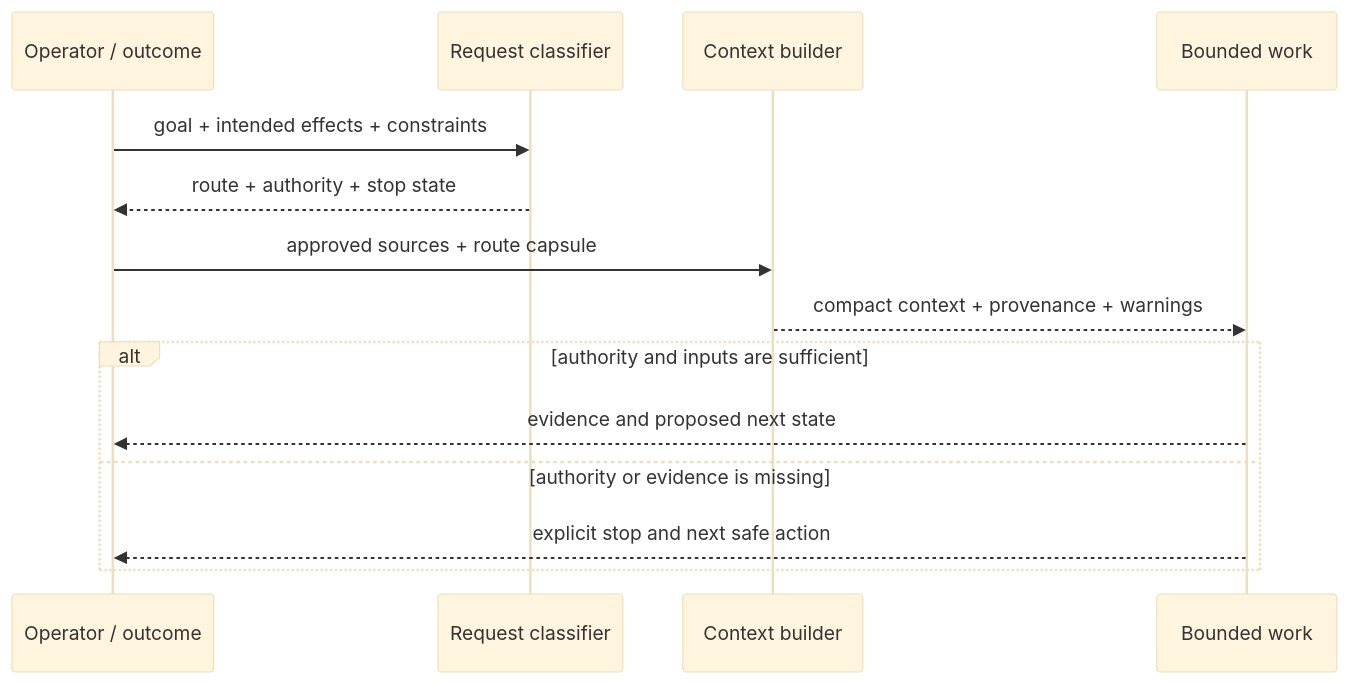
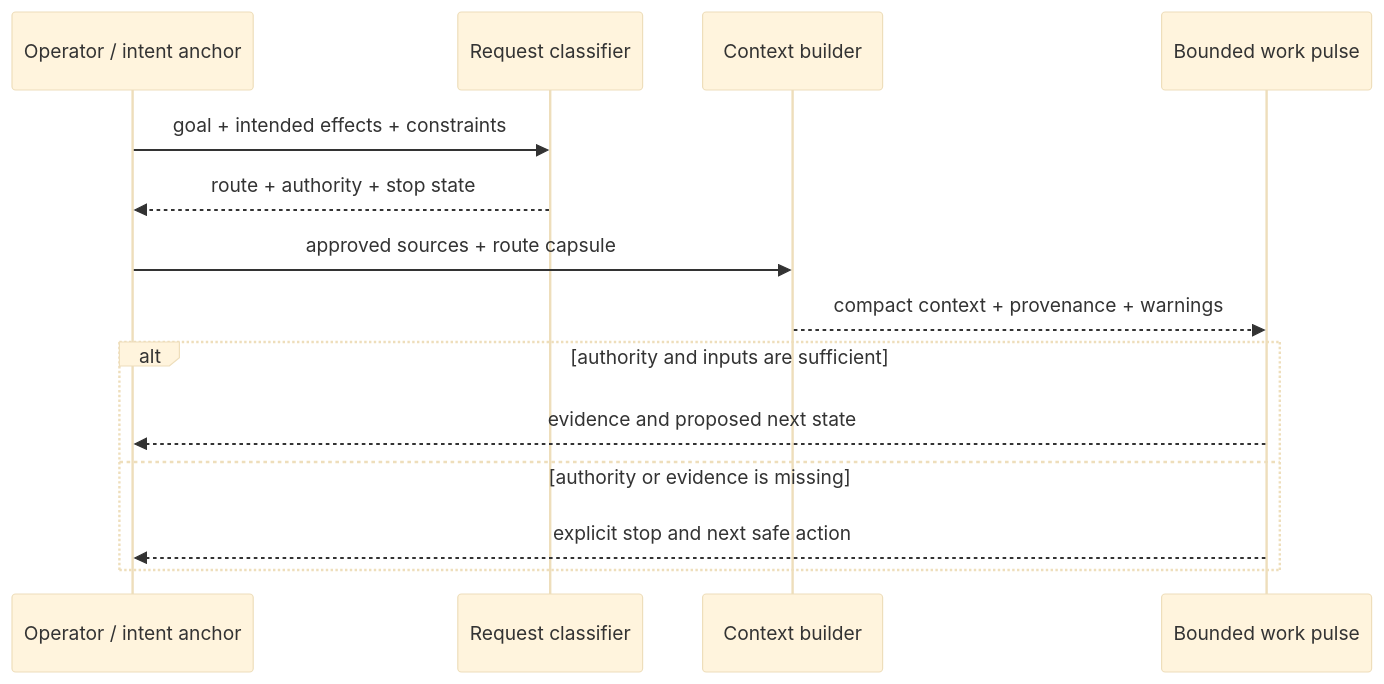
Before and after one commit to yiwei79/root-azoth: the fourth of 4 diagrams in docs/PERSONAL_HARNESS_OS.md, drawn with Mermaid (base theme). The commit also changed other lines of this file and 5 other files, not shown here.

````diff
--- a/docs/PERSONAL_HARNESS_OS.md
+++ b/docs/PERSONAL_HARNESS_OS.md
@@ -37,17 +201,17 @@
 ```mermaid
 sequenceDiagram
-    participant O as Operator / outcome
+    participant O as Operator / intent anchor
     participant R as Request classifier
     participant C as Context builder
-    participant W as Bounded work
+    participant W as Bounded work pulse
 
     O->>R: goal + intended effects + constraints
     R-->>O: route + authority + stop state
     O->>C: approved sources + route capsule
     C-->>W: compact context + provenance + warnings
     alt authority and inputs are sufficient
         W-->>O: evidence and proposed next state
     else authority or evidence is missing
         W-->>O: explicit stop and next safe action
     end
 ```
````
